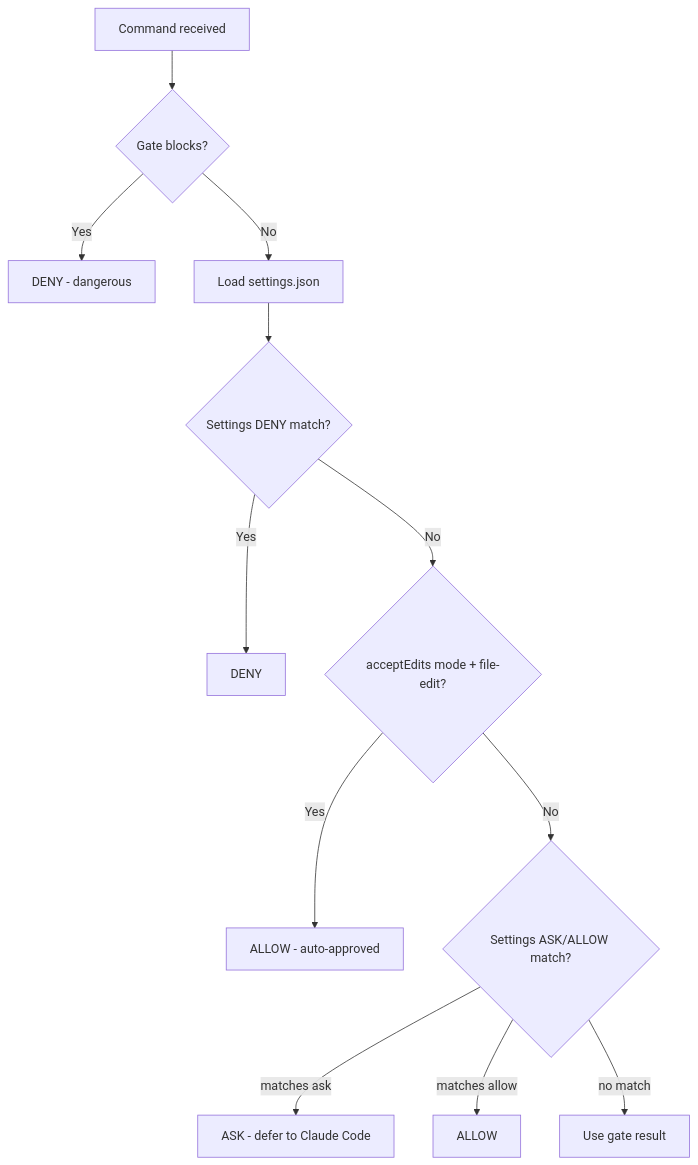
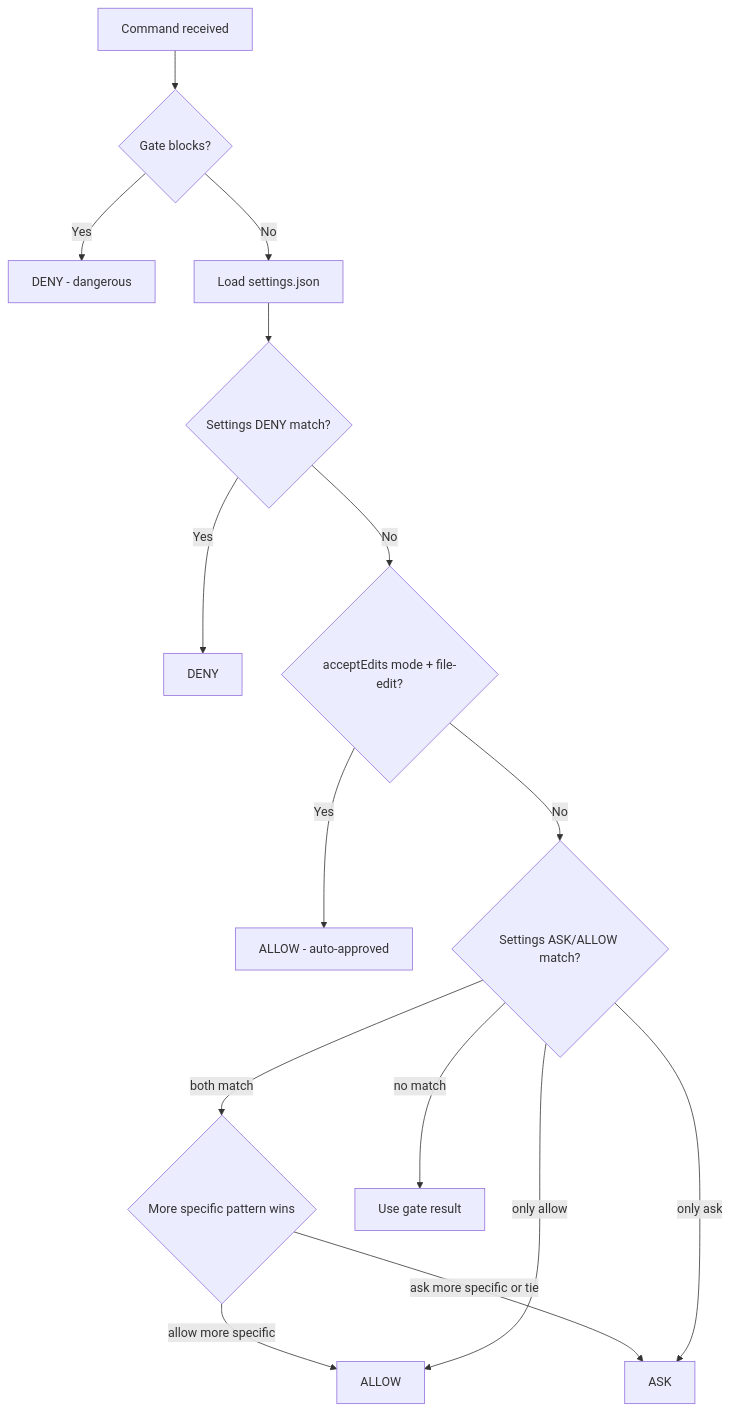
One commit to camjac251/tool-gates changed the diagram in AGENTS.md. Above: the diagram before and after it, drawn with Mermaid. The commit also changed other lines of this file and 1 other file, not shown here.

Commit message:
fix(settings): specificity-based ask/allow resolution and $HOME expansion
Previously, ask rules were always checked before allow rules with no
specificity ranking. A broad ask like Bash(cmd:*) would always override
a more specific allow like Bash(cmd --flag value:*). Now the more
specific pattern wins, with ties going to ask (safer default).

Patterns containing $HOME are now expanded to the actual home directory
before matching, so rules like Bash(tool $HOME/scripts/*) correctly
match commands with resolved paths.

````diff
--- a/AGENTS.md
+++ b/AGENTS.md
@@ -185,14 +185,17 @@
 ```mermaid
 flowchart TD
     A[Command received] --> B{Gate blocks?}
     B -->|Yes| C[DENY - dangerous]
     B -->|No| D[Load settings.json]
     D --> E{Settings DENY match?}
     E -->|Yes| F[DENY]
     E -->|No| G{acceptEdits mode + file-edit?}
     G -->|Yes| H[ALLOW - auto-approved]
     G -->|No| I{Settings ASK/ALLOW match?}
-    I -->|matches ask| J[ASK - defer to Claude Code]
-    I -->|matches allow| K[ALLOW]
+    I -->|both match| J{More specific pattern wins}
+    J -->|allow more specific| K[ALLOW]
+    J -->|ask more specific or tie| M[ASK]
+    I -->|only ask| M
+    I -->|only allow| K
     I -->|no match| L[Use gate result]
 ```
````
